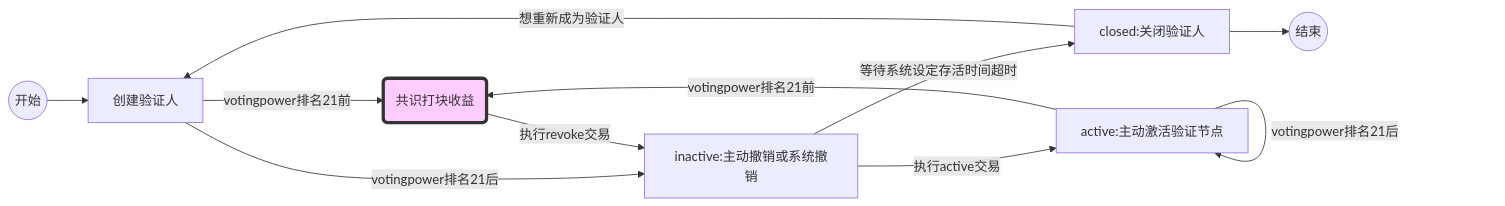
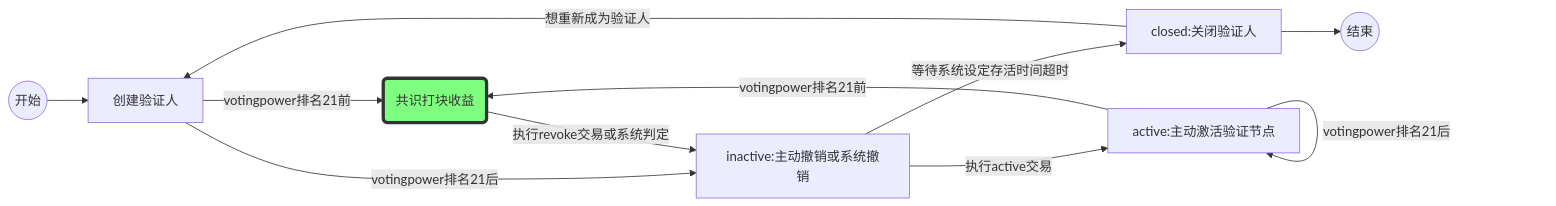
Before and after one commit to wangkuanzzu/qos: the first of 4 diagrams in docs/testcase/qoscli/query_tx/validator/业务串联情景/验证节点业务.md, drawn with Mermaid. The commit also changed other lines of this file and 5 other files, not shown here.

````diff
--- a/docs/testcase/qoscli/query_tx/validator/业务串联情景/验证节点业务.md
+++ b/docs/testcase/qoscli/query_tx/validator/业务串联情景/验证节点业务.md
@@ -5,15 +5,15 @@
 ```mermaid
 graph LR
     start((开始)) --> create[创建验证人]
     create --votingpower排名21前--> income(共识打块收益)
     create --votingpower排名21后--> revoke[inactive:主动撤销或系统撤销]
     active[active:主动激活验证节点] --votingpower排名21后--> active
     revoke --执行active交易--> active
-    income --执行revoke交易--> revoke
+    income --执行revoke交易或系统判定--> revoke
     active --votingpower排名21前--> income
     revoke --等待系统设定存活时间超时--> closed[closed:关闭验证人]
     closed --想重新成为验证人--> create
     closed --> over((结束))
 
-    style income fill:#f9f,stroke:#333,stroke-width:4px,fill-opacity:0.5
+    style income fill:#0f0,stroke:#333,stroke-width:4px,fill-opacity:0.5
 ```
````
